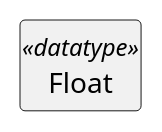
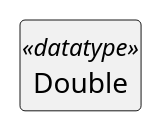
Before and after one commit to sandflow/otio-core-specification: diagram 32 of 34 in src/main/md/otio-core.md, drawn with PlantUML. The commit also changed other lines of this file, not shown here.

````diff
--- a/src/main/md/otio-core.md
+++ b/src/main/md/otio-core.md
@@ -1884,10 +1884,10 @@
 ```puml
 @startuml
 hide empty members
 hide circle
 skinparam classAttributeIconSize 0
 
-class Float <<datatype>>
+class Double <<datatype>>
 
 @enduml
 ```
````
